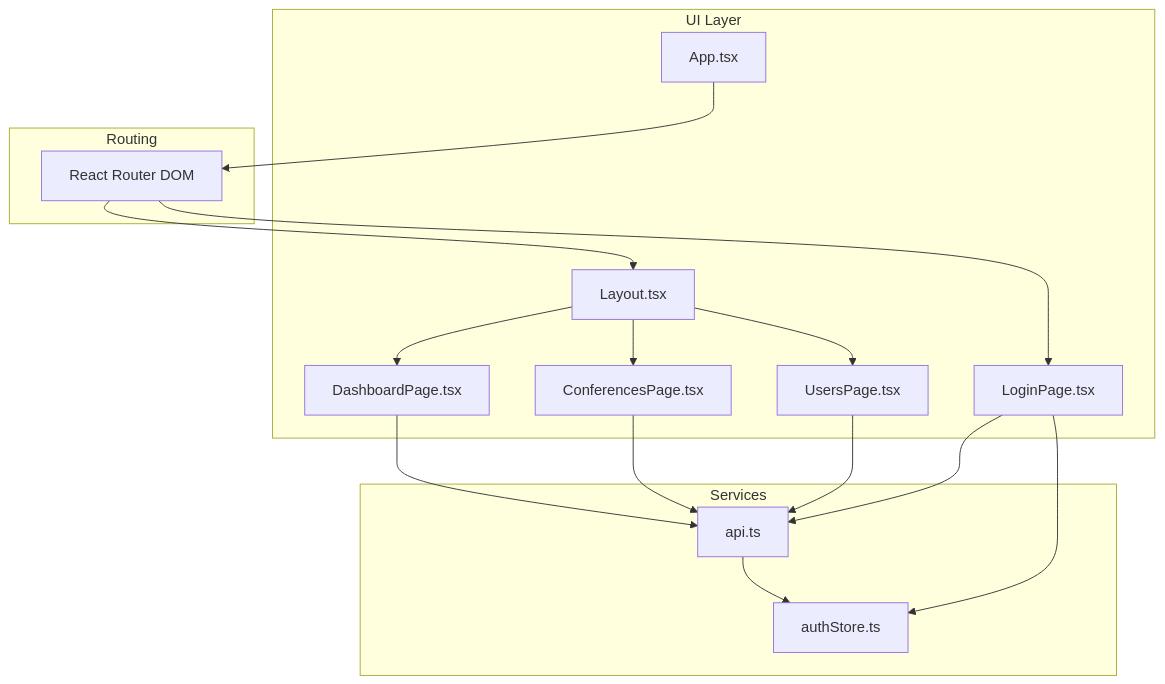
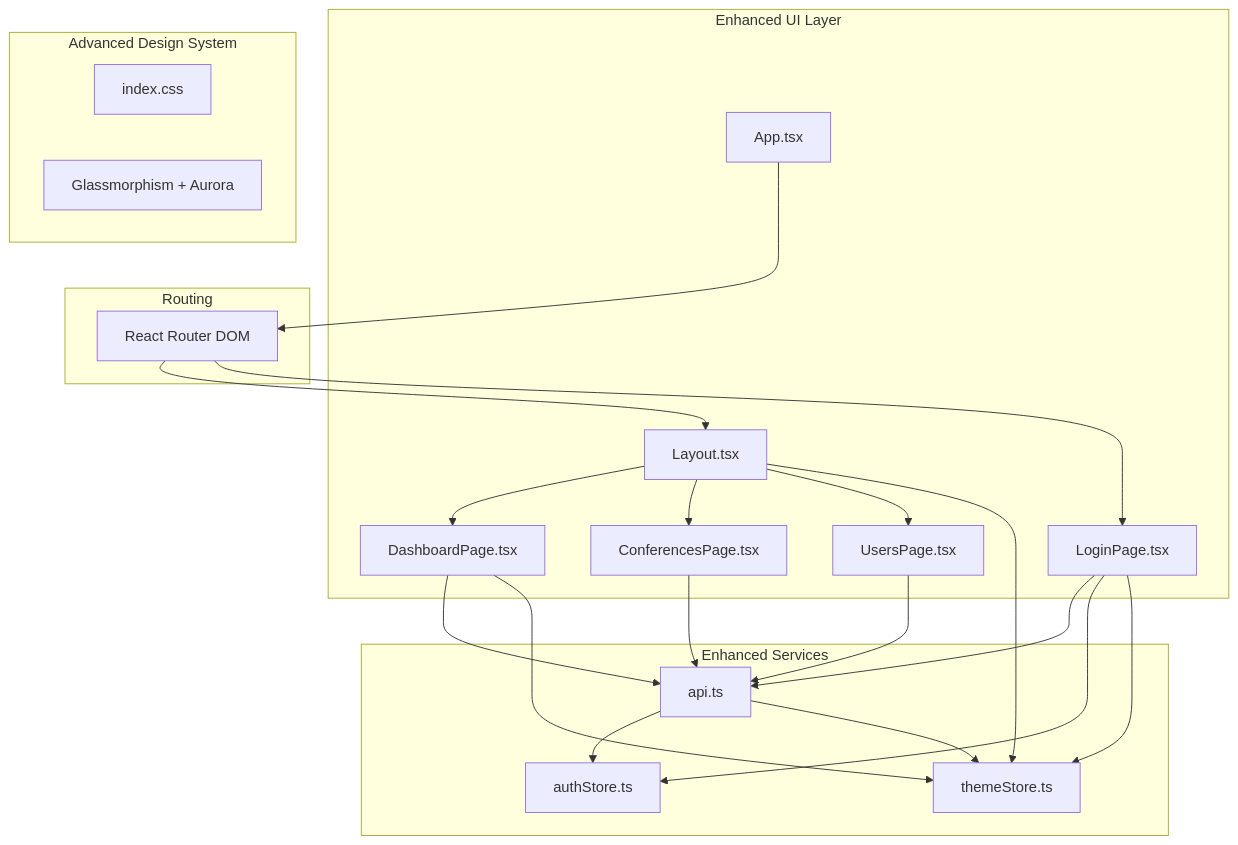
Before and after one commit to Vostrikov2014/vks-qoder: the first of 3 diagrams in .qoder/repowiki/en/content/Frontend Application/Pages and Components.md, drawn with Mermaid. The commit also changed other lines of this file and 5 other files, not shown here.

````diff
--- a/.qoder/repowiki/en/content/Frontend Application/Pages and Components.md
+++ b/.qoder/repowiki/en/content/Frontend Application/Pages and Components.md
@@ -41,30 +56,39 @@
 ```mermaid
 graph TB
-subgraph "UI Layer"
+subgraph "Enhanced UI Layer"
 App["App.tsx"]
 Layout["Layout.tsx"]
 Dashboard["DashboardPage.tsx"]
 Conferences["ConferencesPage.tsx"]
 Users["UsersPage.tsx"]
 Login["LoginPage.tsx"]
 end
-subgraph "Services"
+subgraph "Enhanced Services"
 API["api.ts"]
 AuthStore["authStore.ts"]
+ThemeStore["themeStore.ts"]
+end
+subgraph "Advanced Design System"
+CSS["index.css"]
+ThemeSystem["Glassmorphism + Aurora"]
 end
 subgraph "Routing"
 Router["React Router DOM"]
 end
 App --> Router
 Router --> Layout
 Layout --> Dashboard
 Layout --> Conferences
 Layout --> Users
 Router --> Login
 Dashboard --> API
 Conferences --> API
 Users --> API
 Login --> API
 Login --> AuthStore
+Login --> ThemeStore
+Dashboard --> ThemeStore
+Layout --> ThemeStore
 API --> AuthStore
+API --> ThemeStore
 ```
````
